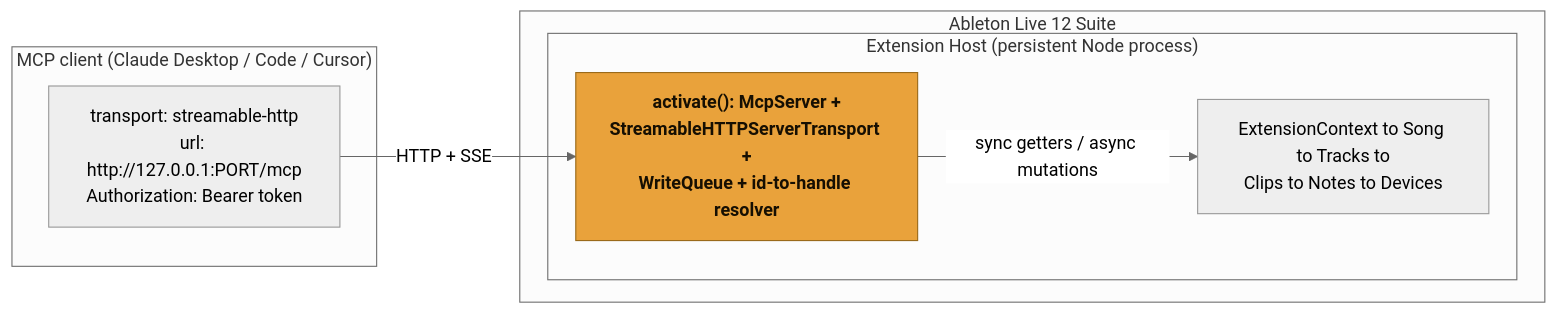
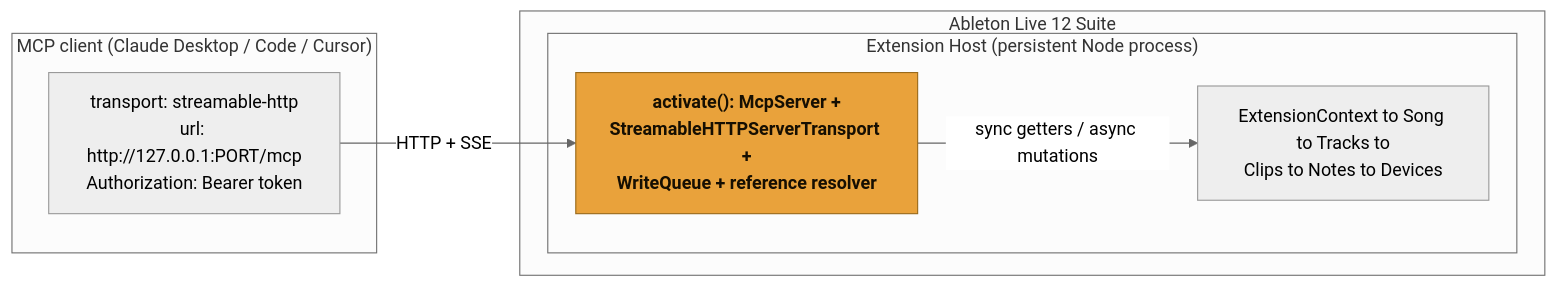
One commit to OthmanAdi/loophole changed the diagram in docs/src/content/docs/mcp/how-it-works.mdx. Above: the diagram before and after it, drawn with Mermaid (neutral theme). The commit also changed other lines of this file and 43 other files, not shown here.

````diff
--- a/docs/src/content/docs/mcp/how-it-works.mdx
+++ b/docs/src/content/docs/mcp/how-it-works.mdx
@@ -12,16 +12,16 @@
 ```mermaid
 flowchart LR
   subgraph Client["MCP client (Claude Desktop / Code / Cursor)"]
     C["transport: streamable-http<br/>url: http://127.0.0.1:PORT/mcp<br/>Authorization: Bearer token"]
   end
   subgraph Live["Ableton Live 12 Suite"]
     subgraph Host["Extension Host (persistent Node process)"]
-      A["activate(): McpServer +<br/>StreamableHTTPServerTransport +<br/>WriteQueue + id-to-handle resolver"]
+      A["activate(): McpServer +<br/>StreamableHTTPServerTransport +<br/>WriteQueue + reference resolver"]
       LOM["ExtensionContext to Song to Tracks to<br/>Clips to Notes to Devices"]
       A -->|sync getters / async mutations| LOM
     end
   end
   C -->|HTTP + SSE| A
   classDef accent fill:#E9A23B,stroke:#9A6A1A,color:#160F02,font-weight:bold;
   class A accent;
 ```
````
